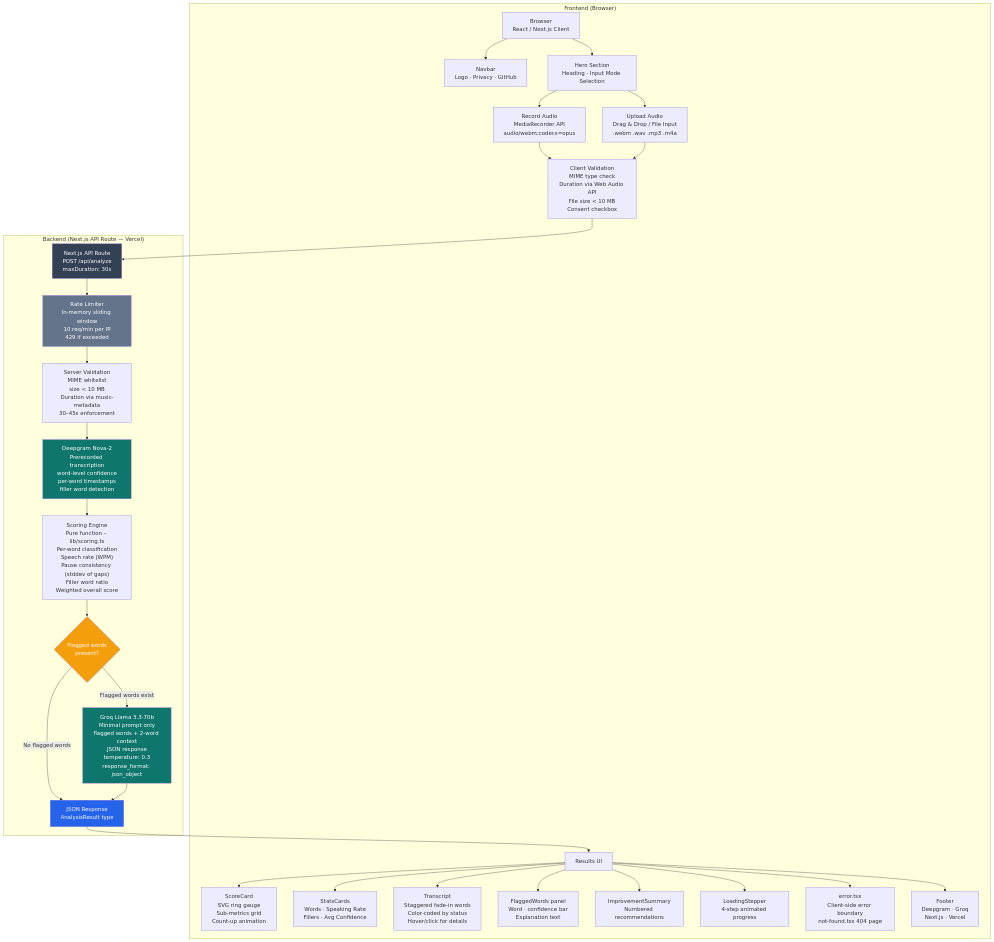
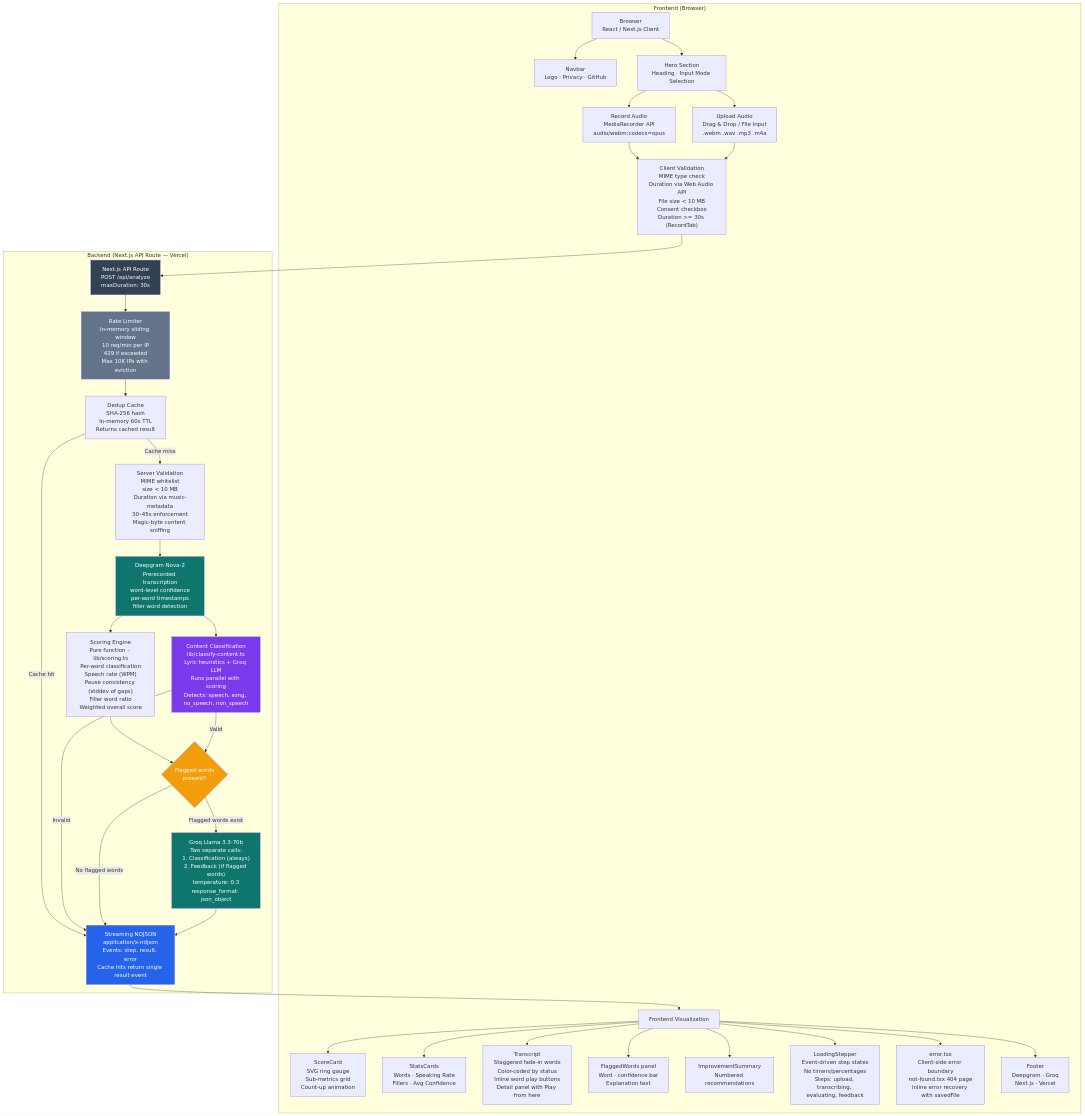
One commit to Rahul-Aitla/livo changed the diagram in ARCHITECTURE.md. Above: the diagram before and after it, drawn with Mermaid. The commit also changed other lines of this file and 30 other files, not shown here.

````diff
--- a/ARCHITECTURE.md
+++ b/ARCHITECTURE.md
@@ -25,7 +25,8 @@
 MIME type check
 Duration via Web Audio API
 File size < 10 MB
-Consent checkbox"]
+Consent checkbox
+Duration >= 30s (RecordTab)"]
 
     API["Next.js API Route
 POST /api/analyze
@@ -35,12 +36,19 @@
 MIME whitelist
 size < 10 MB
 Duration via music-metadata
-30–45s enforcement"]
+30–45s enforcement
+Magic-byte content sniffing"]
+
+    Dedup["Dedup Cache
+SHA-256 hash
+In-memory 60s TTL
+Returns cached result"]
 
     RateLimit["Rate Limiter
 In-memory sliding window
 10 req/min per IP
-429 if exceeded"]
+429 if exceeded
+Max 10K IPs with eviction"]
 
     Deepgram["Deepgram Nova-2
 Prerecorded transcription
@@ -56,20 +64,28 @@
 Filler word ratio
 Weighted overall score"]
 
+    Classification["Content Classification
+lib/classify-content.ts
+Lyric heuristics + Groq LLM
+Runs parallel with scoring
+Detects: speech, song, no_speech, non_speech"]
+
     GroqCondition{"Flagged words
 present?"}
 
     Groq["Groq Llama 3.3-70b
-Minimal prompt only
-flagged words + 2-word context
-JSON response
+Two separate calls:
+1. Classification (always)
+2. Feedback (if flagged words)
 temperature: 0.3
 response_format: json_object"]
 
-    Response["JSON Response
-AnalysisResult type"]
+    Stream["Streaming NDJSON
+application/x-ndjson
+Events: step, result, error
+Cache hits return single result event"]
 
-    Frontend["Frontend Visualization"]
+    FrontendUI["Frontend Visualization"]
     ScoreCard["ScoreCard
 SVG ring gauge
 Sub-metrics grid
@@ -80,17 +96,21 @@
     Transcript["Transcript
 Staggered fade-in words
 Color-coded by status
-Hover/click for details"]
+Inline word play buttons
+Detail panel with Play from here"]
     Flagged["FlaggedWords panel
 Word · confidence bar
 Explanation text"]
     Improvements["ImprovementSummary
 Numbered recommendations"]
     Loading["LoadingStepper
-4-step animated progress"]
+Event-driven step states
+No timers/percentages
+Steps: upload, transcribing, evaluating, feedback"]
     ErrorBoundary["error.tsx
 Client-side error boundary
-not-found.tsx 404 page"]
+not-found.tsx 404 page
+Inline error recovery with savedFile"]
     Footer["Footer
 Deepgram · Groq
 Next.js · Vercel"]
@@ -102,7 +122,7 @@
         Record
         Upload
         Validation
-        FrontendUI["Results UI"]
+        FrontendUI
         ScoreCard
         Stats
         Transcript
@@ -117,11 +137,13 @@
         API
         ServerValidation
         RateLimit
+        Dedup
         Deepgram
         Scoring
+        Classification
         GroqCondition
         Groq
-        Response
+        Stream
     end
 
     Browser --> Navbar
@@ -132,14 +154,19 @@
     Upload --> Validation
     Validation --> API
     API --> RateLimit
-    RateLimit --> ServerValidation
+    RateLimit --> Dedup
+    Dedup -->|Cache hit| Stream
+    Dedup -->|Cache miss| ServerValidation
     ServerValidation --> Deepgram
     Deepgram --> Scoring
+    Deepgram --> Classification
     Scoring --> GroqCondition
-    GroqCondition -- "No flagged words" --> Response
+    Classification -->|Invalid| Stream
+    Classification -->|Valid| GroqCondition
+    GroqCondition -- "No flagged words" --> Stream
     GroqCondition -- "Flagged words exist" --> Groq
-    Groq --> Response
-    Response --> FrontendUI
+    Groq --> Stream
+    Stream --> FrontendUI
     FrontendUI --> ScoreCard
     FrontendUI --> Stats
     FrontendUI --> Transcript
@@ -152,7 +179,8 @@
     style Deepgram fill:#0F766E,color:#fff
     style Groq fill:#0F766E,color:#fff
     style GroqCondition fill:#F59E0B,color:#fff
-    style Response fill:#2563EB,color:#fff
+    style Classification fill:#7C3AED,color:#fff
+    style Stream fill:#2563EB,color:#fff
     style API fill:#334155,color:#fff
     style RateLimit fill:#64748B,color:#fff
 ```
````
